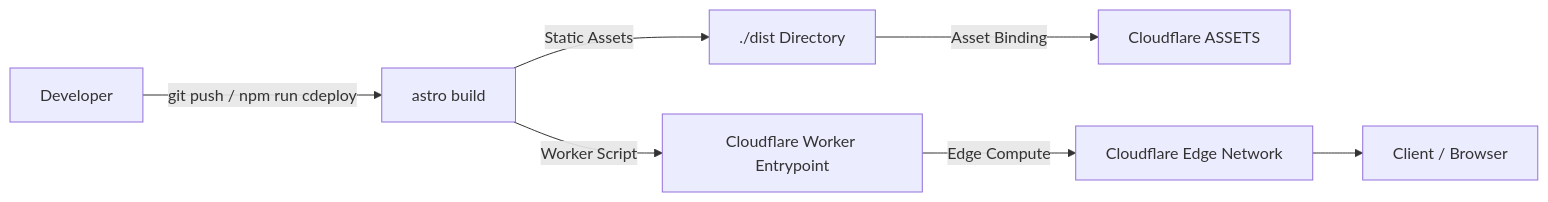
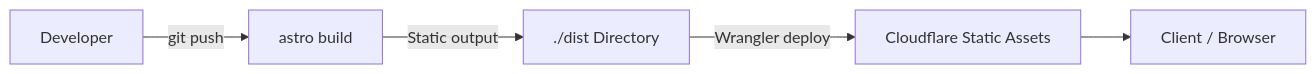
One commit to satyatulasijalandharch/satyatulasijalandharch changed the diagram in docs/06-deployment-and-operations.md. Above: the diagram before and after it, drawn with Mermaid. The commit also changed other lines of this file and 18 other files, not shown here.

````diff
--- a/docs/06-deployment-and-operations.md
+++ b/docs/06-deployment-and-operations.md
@@ -9,9 +9,7 @@
 ```mermaid
 graph LR
-    Dev[Developer] -->|git push / npm run cdeploy| Build[astro build]
-    Build -->|Static Assets| Dist[./dist Directory]
-    Build -->|Worker Script| Worker[Cloudflare Worker Entrypoint]
-    Dist -->|Asset Binding| CFAssets[Cloudflare ASSETS]
-    Worker -->|Edge Compute| CFEdge[Cloudflare Edge Network]
-    CFEdge --> User[Client / Browser]
+    Dev[Developer] -->|git push| Build[astro build]
+    Build -->|Static output| Dist[./dist Directory]
+    Dist -->|Wrangler deploy| CFAssets[Cloudflare Static Assets]
+    CFAssets --> User[Client / Browser]
 ```
````
